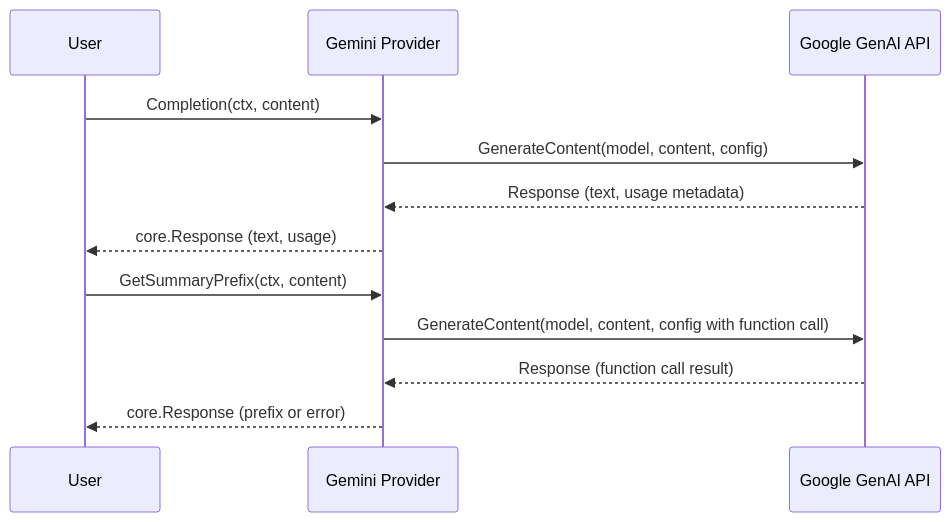
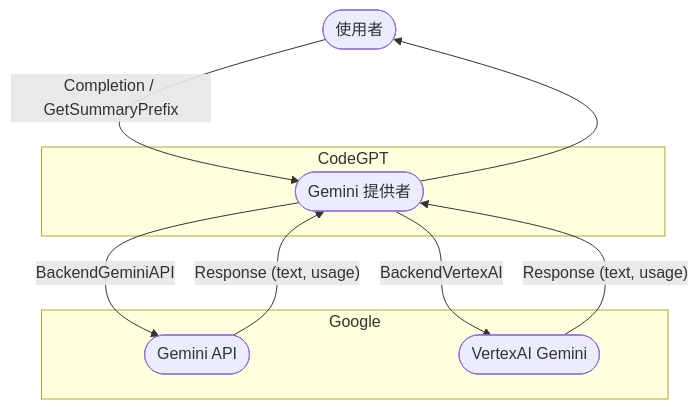
Before and after one commit to appleboy/CodeGPT: the diagram in README.zh-tw.md, drawn with Mermaid. The commit also changed other lines of this file and 2 other files, not shown here.

First line of the commit message:
docs: document Gemini and VertexAI provider setup and usage

````diff
--- a/README.zh-tw.md
+++ b/README.zh-tw.md
@@ -245,16 +281,21 @@
 ```mermaid
-sequenceDiagram
-    participant User
-    participant GeminiClient as Gemini Provider
-    participant GenAI as Google GenAI API
+flowchart TD
+    User([使用者])
+    subgraph CodeGPT
+      GeminiClient([Gemini 提供者])
+    end
+    subgraph Google
+      GeminiAPI([Gemini API])
+      VertexAI([VertexAI Gemini])
+    end
 
-    User->>GeminiClient: Completion(ctx, content)
-    GeminiClient->>GenAI: GenerateContent(model, content, config)
-    GenAI-->>GeminiClient: Response (text, usage metadata)
-    GeminiClient-->>User: core.Response (text, usage)
+    User -->|Completion / GetSummaryPrefix| GeminiClient
 
-    User->>GeminiClient: GetSummaryPrefix(ctx, content)
-    GeminiClient->>GenAI: GenerateContent(model, content, config with function call)
-    GenAI-->>GeminiClient: Response (function call result)
-    GeminiClient-->>User: core.Response (prefix or error)
+    GeminiClient -- BackendGeminiAPI --> GeminiAPI
+    GeminiAPI -- Response (text, usage) --> GeminiClient
+
+    GeminiClient -- BackendVertexAI --> VertexAI
+    VertexAI -- Response (text, usage) --> GeminiClient
+
+    GeminiClient --> User
 ```
````
